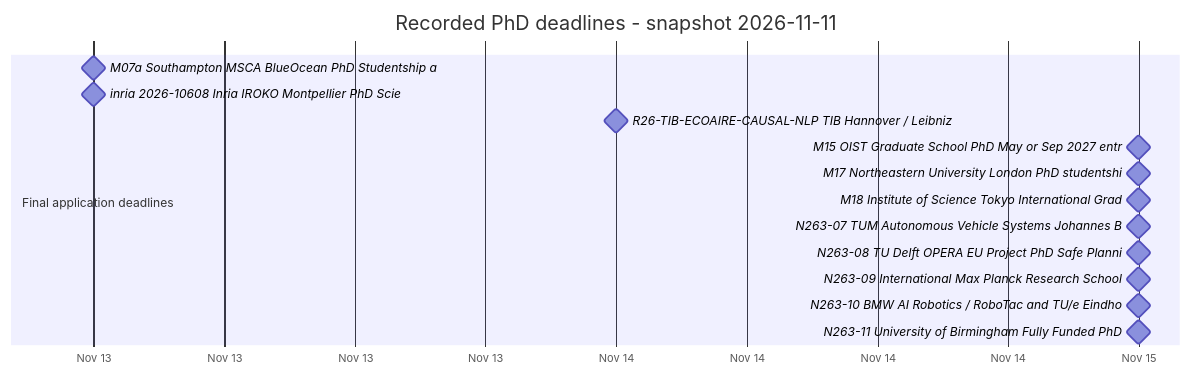
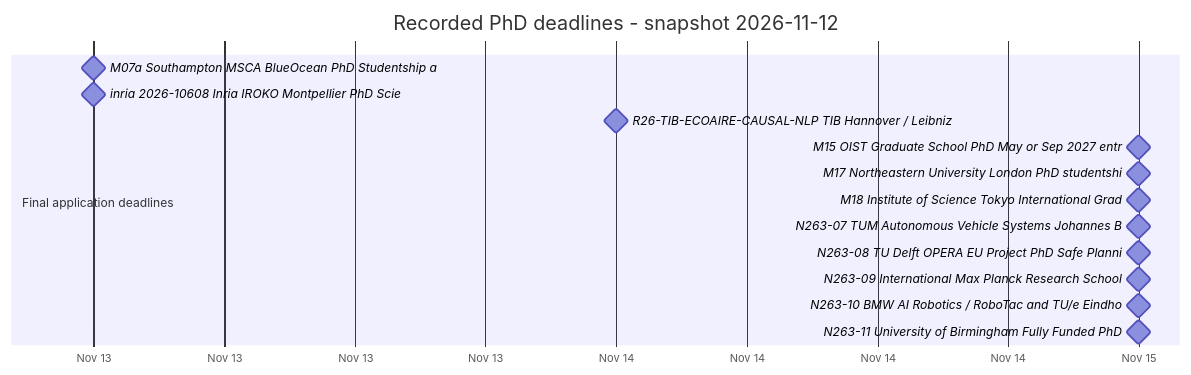
One commit to Armanasq/phd_tracker changed the diagram in docs/diagrams/deadlines.mmd. Above: the diagram before and after it, drawn with Mermaid. The commit also changed 34 other files, not shown here.

```diff
--- a/docs/diagrams/deadlines.mmd
+++ b/docs/diagrams/deadlines.mmd
@@ -1,16 +1,16 @@
 gantt
-    title Recorded PhD deadlines - snapshot 2026-11-11
+    title Recorded PhD deadlines - snapshot 2026-11-12
     dateFormat YYYY-MM-DD
     axisFormat %b %d
     section Final application deadlines
     M07a Southampton MSCA BlueOcean PhD Studentship a :milestone, d0, 2026-11-13, 0d
     inria 2026-10608 Inria IROKO Montpellier PhD Scie :milestone, d1, 2026-11-13, 0d
     R26-TIB-ECOAIRE-CAUSAL-NLP TIB Hannover / Leibniz :milestone, d2, 2026-11-14, 0d
     M15 OIST Graduate School PhD May or Sep 2027 entr :milestone, d3, 2026-11-15, 0d
     M17 Northeastern University London PhD studentshi :milestone, d4, 2026-11-15, 0d
     M18 Institute of Science Tokyo International Grad :milestone, d5, 2026-11-15, 0d
     N263-07 TUM Autonomous Vehicle Systems Johannes B :milestone, d6, 2026-11-15, 0d
     N263-08 TU Delft OPERA EU Project PhD Safe Planni :milestone, d7, 2026-11-15, 0d
     N263-09 International Max Planck Research School  :milestone, d8, 2026-11-15, 0d
     N263-10 BMW AI Robotics / RoboTac and TU/e Eindho :milestone, d9, 2026-11-15, 0d
     N263-11 University of Birmingham Fully Funded PhD :milestone, d10, 2026-11-15, 0d
```
